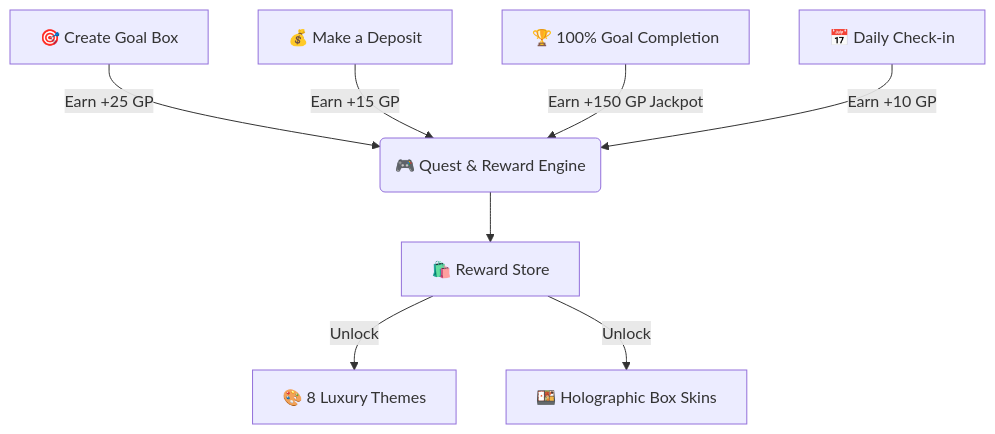
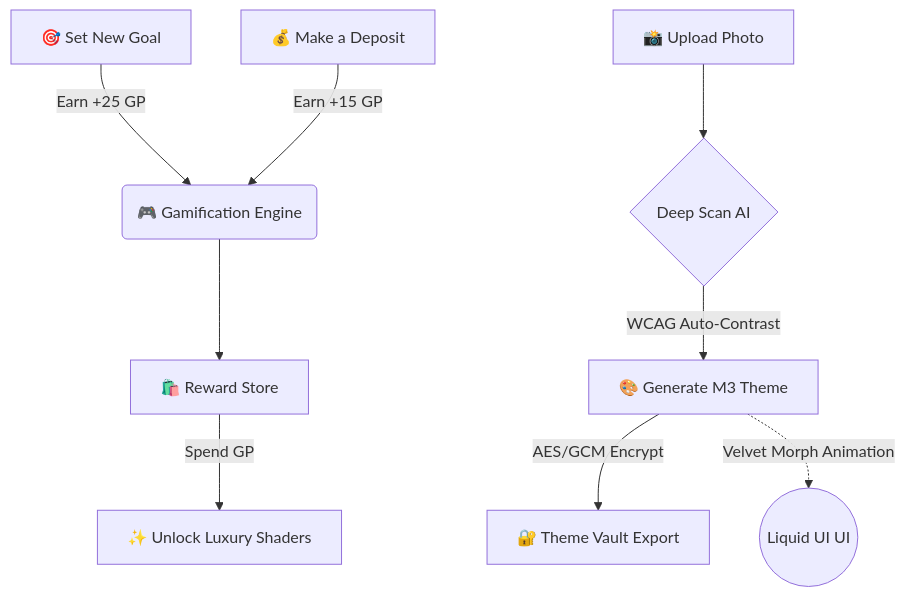
Before and after one commit to gencode3939/Gen-Box: the diagram in README.md, drawn with Mermaid. The commit also changed other lines of this file, not shown here.

````diff
--- a/README.md
+++ b/README.md
@@ -44,10 +60,11 @@
 ```mermaid
 graph TD
-    A[🎯 Create Goal Box] -->|Earn +25 GP| B(🎮 Quest & Reward Engine)
+    A[🎯 Set New Goal] -->|Earn +25 GP| B(🎮 Gamification Engine)
     C[💰 Make a Deposit] -->|Earn +15 GP| B
-    D[🏆 100% Goal Completion] -->|Earn +150 GP Jackpot| B
-    E[📅 Daily Check-in] -->|Earn +10 GP| B
-    B --> F[🛍️ Reward Store]
-    F -->|Unlock| G[🎨 8 Luxury Themes]
-    F -->|Unlock| H[🍱 Holographic Box Skins]
+    D[📸 Upload Photo] --> E{Deep Scan AI}
+    E -->|WCAG Auto-Contrast| F[🎨 Generate M3 Theme]
+    F -->|AES/GCM Encrypt| G[🔐 Theme Vault Export]
+    B --> H[🛍️ Reward Store]
+    H -->|Spend GP| I[✨ Unlock Luxury Shaders]
+    F -.->|Velvet Morph Animation| UI((Liquid UI UI))
 ```
````
